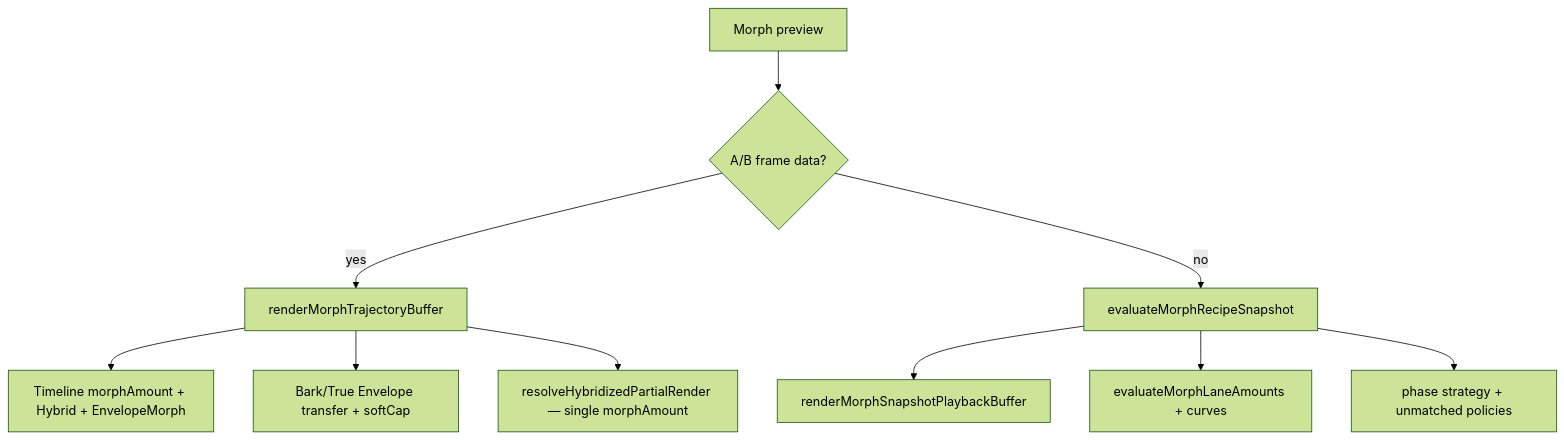
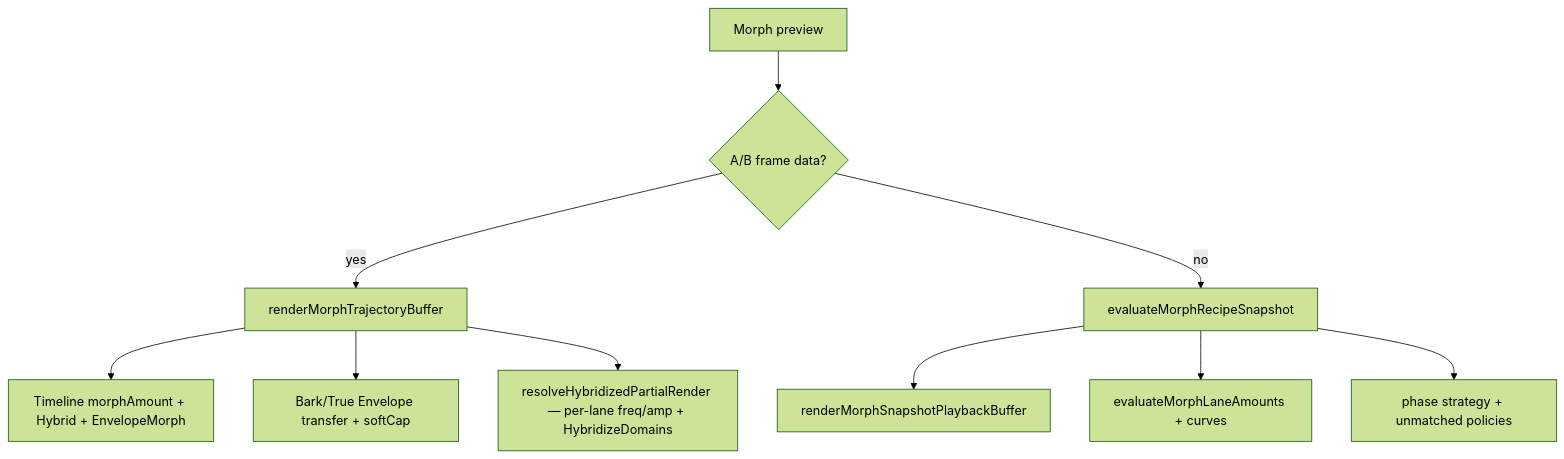
The diagram in ATS-Plugin-Vault/Feature_Matrix.md (caseywescott/ATS-PLUGIN), drawn with Mermaid (forest theme) before and after one commit. The commit also changed other lines of this file and 4 other files, not shown here.

First line of the commit message:
feat(morph): wire interpolation domains into main trajectory render

````diff
--- a/ATS-Plugin-Vault/Feature_Matrix.md
+++ b/ATS-Plugin-Vault/Feature_Matrix.md
@@ -28,12 +28,12 @@
 ```mermaid
 flowchart TD
     A[Morph preview] --> B{A/B frame data?}
     B -->|yes| C[renderMorphTrajectoryBuffer]
     B -->|no| D[evaluateMorphRecipeSnapshot]
     D --> E[renderMorphSnapshotPlaybackBuffer]
     C --> F[Timeline morphAmount + Hybrid + EnvelopeMorph]
     C --> G[Bark/True Envelope transfer + softCap]
-    C --> H[resolveHybridizedPartialRender — single morphAmount]
+    C --> H[resolveHybridizedPartialRender — per-lane freq/amp + HybridizeDomains]
     D --> I[evaluateMorphLaneAmounts + curves]
     D --> J[phase strategy + unmatched policies]
 ```
````
